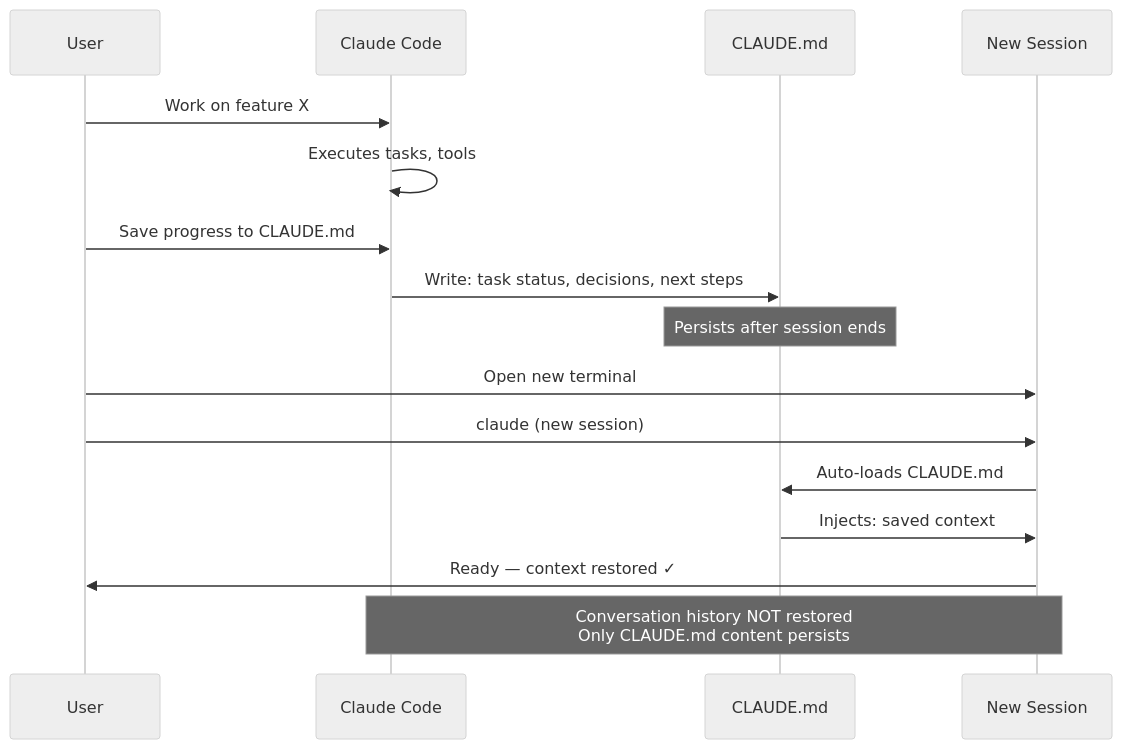
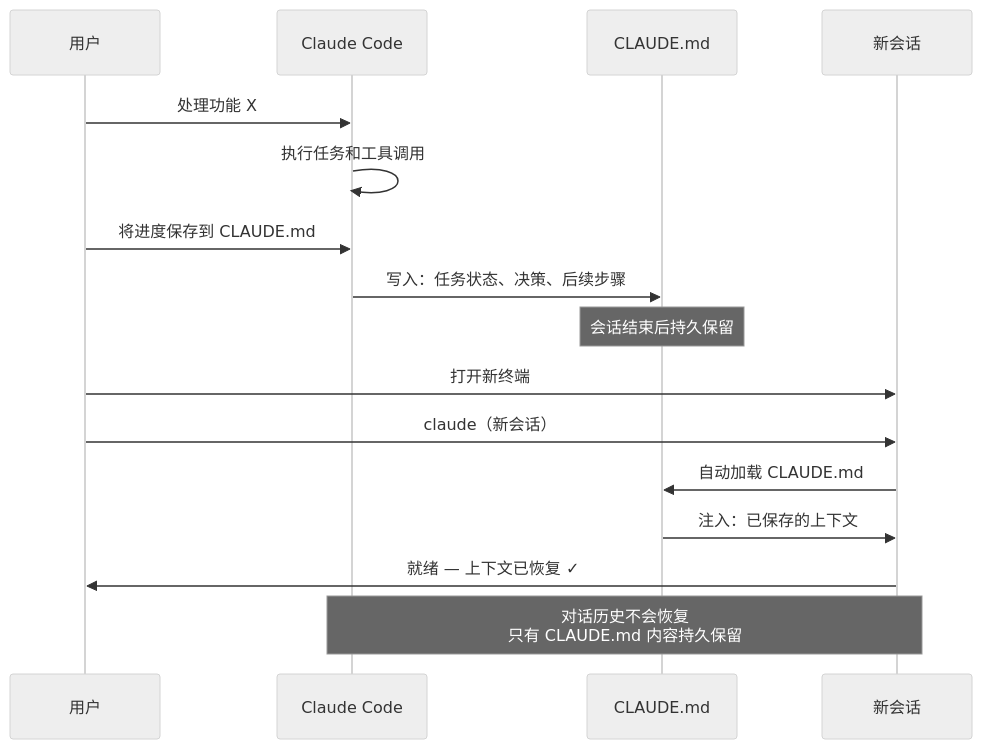
The third of 4 diagrams in claude-code/diagrams/02-context-and-sessions.md (lawrencewzen/aispark-wiki), drawn with Mermaid (neutral theme) before and after one commit. The commit also changed other lines of this file and 82 other files, not shown here.

````diff
--- a/claude-code/diagrams/02-context-and-sessions.md
+++ b/claude-code/diagrams/02-context-and-sessions.md
@@ -167,21 +167,21 @@
 ```mermaid
 sequenceDiagram
-    participant U as User
+    participant U as 用户
     participant CC as Claude Code
     participant CM as CLAUDE.md
-    participant NI as New Session
+    participant NI as 新会话
 
-    U->>CC: Work on feature X
-    CC->>CC: Executes tasks, tools
-    U->>CC: Save progress to CLAUDE.md
-    CC->>CM: Write: task status, decisions, next steps
-    Note over CM: Persists after session ends
+    U->>CC: 处理功能 X
+    CC->>CC: 执行任务和工具调用
+    U->>CC: 将进度保存到 CLAUDE.md
+    CC->>CM: 写入：任务状态、决策、后续步骤
+    Note over CM: 会话结束后持久保留
 
-    U->>NI: Open new terminal
-    U->>NI: claude (new session)
-    NI->>CM: Auto-loads CLAUDE.md
-    CM->>NI: Injects: saved context
-    NI->>U: Ready — context restored ✓
+    U->>NI: 打开新终端
+    U->>NI: claude（新会话）
+    NI->>CM: 自动加载 CLAUDE.md
+    CM->>NI: 注入：已保存的上下文
+    NI->>U: 就绪 — 上下文已恢复 ✓
 
-    Note over CC,NI: Conversation history NOT restored<br/>Only CLAUDE.md content persists
+    Note over CC,NI: 对话历史不会恢复<br/>只有 CLAUDE.md 内容持久保留
 ```
````
